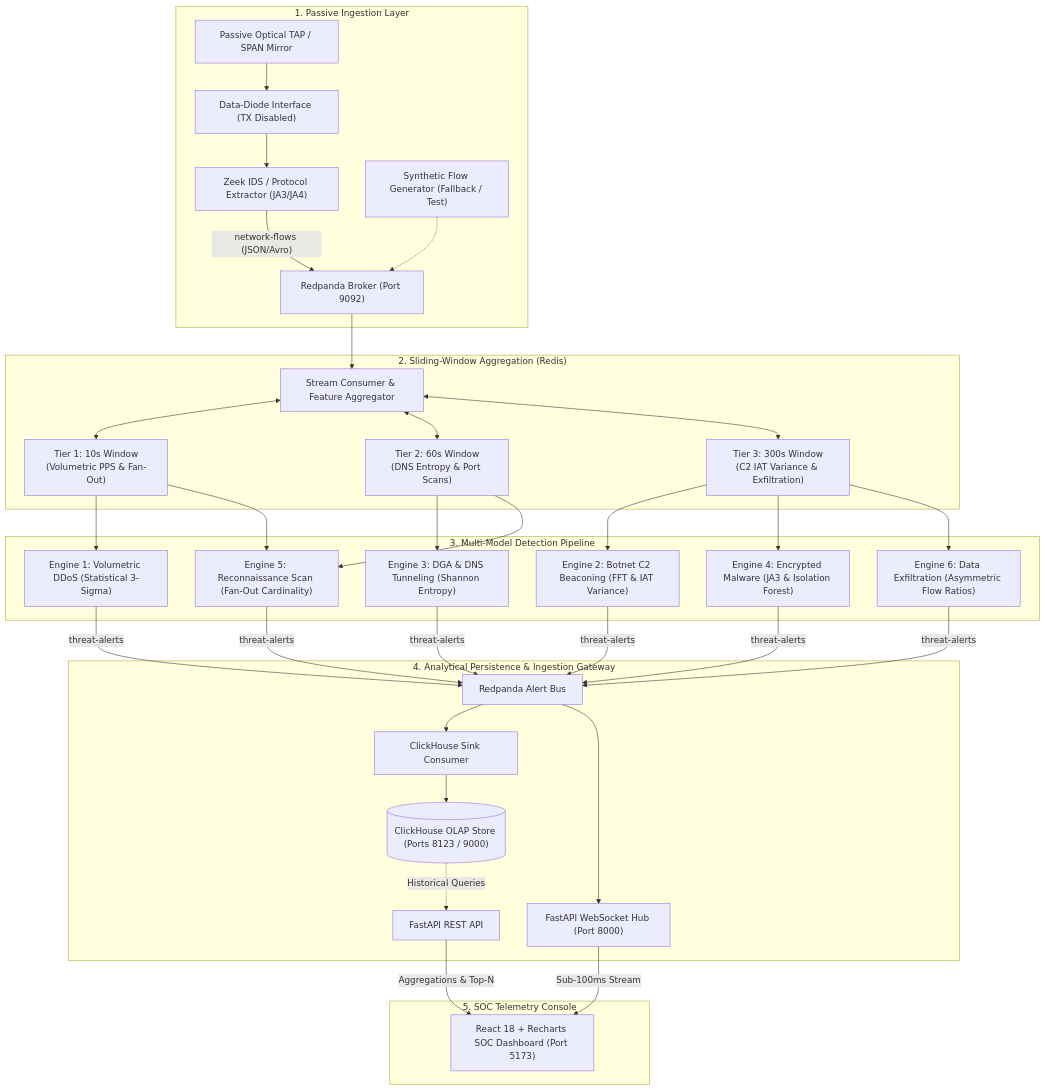
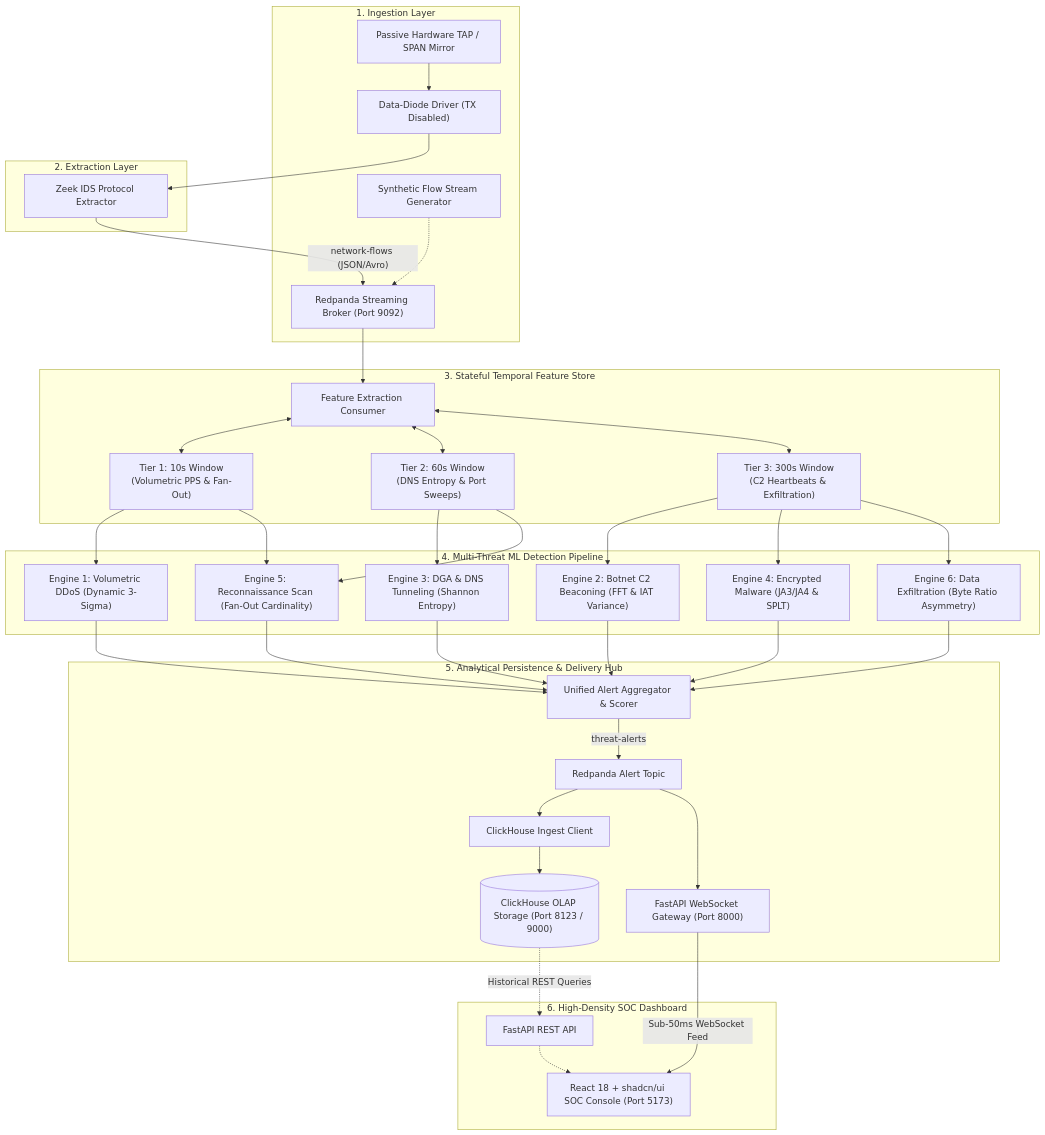
One commit to RaKa8904/ThreatLens changed the diagram in README.md. Above: the diagram before and after it, drawn with Mermaid. The commit also changed other lines of this file, not shown here.

Commit message:
docs: update comprehensive system architecture, detection specifications, and quickstart in README.md

````diff
--- a/README.md
+++ b/README.md
@@ -19,39 +23,43 @@
 ```mermaid
 flowchart TD
-    subgraph Ingestion ["1. Passive Ingestion Layer"]
-        TAP["Passive Optical TAP / SPAN Mirror"] --> Diode["Data-Diode Interface (TX Disabled)"]
-        Diode --> Zeek["Zeek IDS / Protocol Extractor (JA3/JA4)"]
-        Mock["Synthetic Flow Generator (Fallback / Test)"] -.-> Redpanda
-        Zeek -->|"network-flows (JSON/Avro)"| Redpanda["Redpanda Broker (Port 9092)"]
+    subgraph IngestLayer ["1. Ingestion Layer"]
+        TAP["Passive Hardware TAP / SPAN Mirror"] --> Diode["Data-Diode Driver (TX Disabled)"]
+        MockProducer["Synthetic Flow Stream Generator"] -.-> Redpanda
     end
 
-    subgraph FeatureStore ["2. Sliding-Window Aggregation (Redis)"]
-        Redpanda --> IngestWorker["Stream Consumer & Feature Aggregator"]
-        IngestWorker <--> W10["Tier 1: 10s Window\n(Volumetric PPS & Fan-Out)"]
-        IngestWorker <--> W60["Tier 2: 60s Window\n(DNS Entropy & Port Scans)"]
-        IngestWorker <--> W300["Tier 3: 300s Window\n(C2 IAT Variance & Exfiltration)"]
+    subgraph ExtractionLayer ["2. Extraction Layer"]
+        Diode --> Zeek["Zeek IDS Protocol Extractor"]
+        Zeek -->|"network-flows (JSON/Avro)"| Redpanda["Redpanda Streaming Broker (Port 9092)"]
     end
 
-    subgraph DetectionEngines ["3. Multi-Model Detection Pipeline"]
-        W10 --> E1["Engine 1: Volumetric DDoS (Statistical 3-Sigma)"]
-        W10 --> E5["Engine 5: Reconnaissance Scan (Fan-Out Cardinality)"]
-        W60 --> E3["Engine 3: DGA & DNS Tunneling (Shannon Entropy)"]
-        W60 --> E5
-        W300 --> E2["Engine 2: Botnet C2 Beaconing (FFT & IAT Variance)"]
-        W300 --> E4["Engine 4: Encrypted Malware (JA3 & Isolation Forest)"]
-        W300 --> E6["Engine 6: Data Exfiltration (Asymmetric Flow Ratios)"]
+    subgraph FeatureLayer ["3. Stateful Temporal Feature Store"]
+        Redpanda --> StreamWorker["Feature Extraction Consumer"]
+        StreamWorker <--> Redis10["Tier 1: 10s Window\n(Volumetric PPS & Fan-Out)"]
+        StreamWorker <--> Redis60["Tier 2: 60s Window\n(DNS Entropy & Port Sweeps)"]
+        StreamWorker <--> Redis300["Tier 3: 300s Window\n(C2 Heartbeats & Exfiltration)"]
     end
 
-    subgraph StorageGateway ["4. Analytical Persistence & Ingestion Gateway"]
-        E1 & E2 & E3 & E4 & E5 & E6 -->|"threat-alerts"| AlertBus["Redpanda Alert Bus"]
-        AlertBus --> CHWriter["ClickHouse Sink Consumer"]
-        AlertBus --> WSHub["FastAPI WebSocket Hub (Port 8000)"]
-        CHWriter --> ClickHouse[("ClickHouse OLAP Store (Ports 8123 / 9000)")]
-        ClickHouse -.->|"Historical Queries"| FastAPIRest["FastAPI REST API"]
+    subgraph DetectionLayer ["4. Multi-Threat ML Detection Pipeline"]
+        Redis10 --> E1["Engine 1: Volumetric DDoS (Dynamic 3-Sigma)"]
+        Redis10 --> E5["Engine 5: Reconnaissance Scan (Fan-Out Cardinality)"]
+        Redis60 --> E3["Engine 3: DGA & DNS Tunneling (Shannon Entropy)"]
+        Redis60 --> E5
+        Redis300 --> E2["Engine 2: Botnet C2 Beaconing (FFT & IAT Variance)"]
+        Redis300 --> E4["Engine 4: Encrypted Malware (JA3/JA4 & SPLT)"]
+        Redis300 --> E6["Engine 6: Data Exfiltration (Byte Ratio Asymmetry)"]
     end
 
-    subgraph Presentation ["5. SOC Telemetry Console"]
-        WSHub -->|"Sub-100ms Stream"| SOCUI["React 18 + Recharts SOC Dashboard (Port 5173)"]
-        FastAPIRest -->|"Aggregations & Top-N"| SOCUI
+    subgraph DeliveryLayer ["5. Analytical Persistence & Delivery Hub"]
+        E1 & E2 & E3 & E4 & E5 & E6 --> Aggregator["Unified Alert Aggregator & Scorer"]
+        Aggregator -->|"threat-alerts"| AlertBus["Redpanda Alert Topic"]
+        AlertBus --> CHClient["ClickHouse Ingest Client"]
+        AlertBus --> WSHub["FastAPI WebSocket Gateway (Port 8000)"]
+        CHClient --> ClickHouse[("ClickHouse OLAP Storage (Port 8123 / 9000)")]
+    end
+
+    subgraph PresentationLayer ["6. High-Density SOC Dashboard"]
+        WSHub -->|"Sub-50ms WebSocket Feed"| SOC["React 18 + shadcn/ui SOC Console (Port 5173)"]
+        ClickHouse -.->|"Historical REST Queries"| FastAPIRest["FastAPI REST API"]
+        FastAPIRest -.-> SOC
     end
 ```
````
